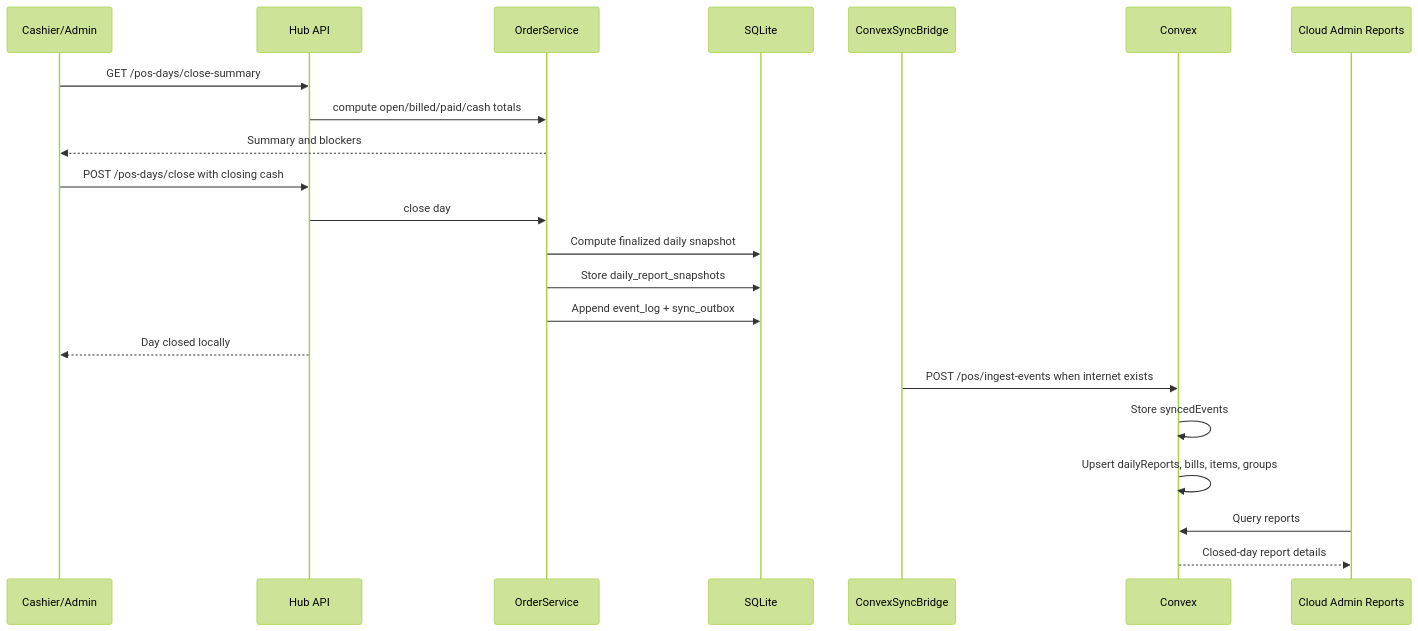
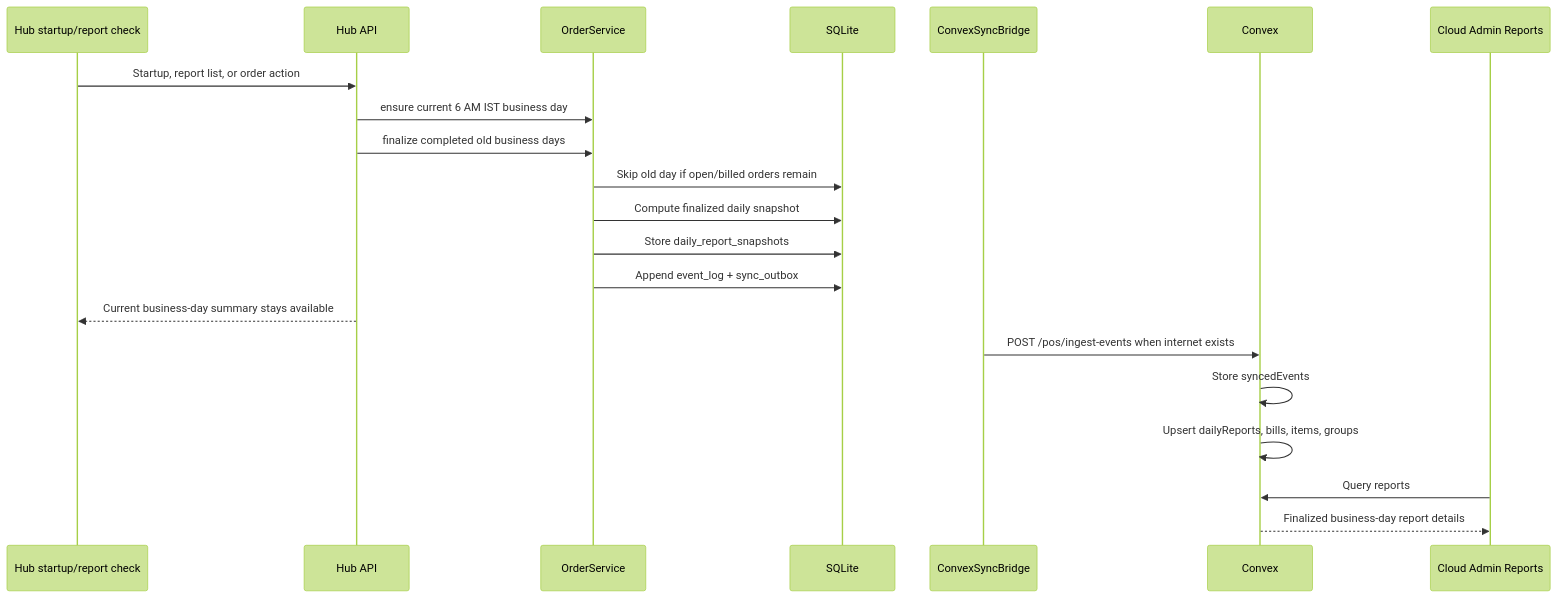
Before and after one commit to shubham909090/Open-POS: diagram 13 of 17 in flowchart.md, drawn with Mermaid (forest theme). The commit also changed other lines of this file and 37 other files, not shown here.

Commit message:
Refactor Convex agent workflows and update UI flows

````diff
--- a/flowchart.md
+++ b/flowchart.md
@@ -402,25 +400,24 @@
 ```mermaid
 sequenceDiagram
-  participant Cashier as Cashier/Admin
+  participant HubTimer as Hub startup/report check
   participant Hub as Hub API
   participant Service as OrderService
   participant DB as SQLite
   participant Sync as ConvexSyncBridge
   participant Convex as Convex
   participant Cloud as Cloud Admin Reports
 
-  Cashier->>Hub: GET /pos-days/close-summary
-  Hub->>Service: compute open/billed/paid/cash totals
-  Service-->>Cashier: Summary and blockers
-  Cashier->>Hub: POST /pos-days/close with closing cash
-  Hub->>Service: close day
+  HubTimer->>Hub: Startup, report list, or order action
+  Hub->>Service: ensure current 6 AM IST business day
+  Hub->>Service: finalize completed old business days
+  Service->>DB: Skip old day if open/billed orders remain
   Service->>DB: Compute finalized daily snapshot
   Service->>DB: Store daily_report_snapshots
   Service->>DB: Append event_log + sync_outbox
-  Hub-->>Cashier: Day closed locally
+  Hub-->>HubTimer: Current business-day summary stays available
   Sync->>Convex: POST /pos/ingest-events when internet exists
   Convex->>Convex: Store syncedEvents
   Convex->>Convex: Upsert dailyReports, bills, items, groups
   Cloud->>Convex: Query reports
-  Convex-->>Cloud: Closed-day report details
+  Convex-->>Cloud: Finalized business-day report details
 ```
````
